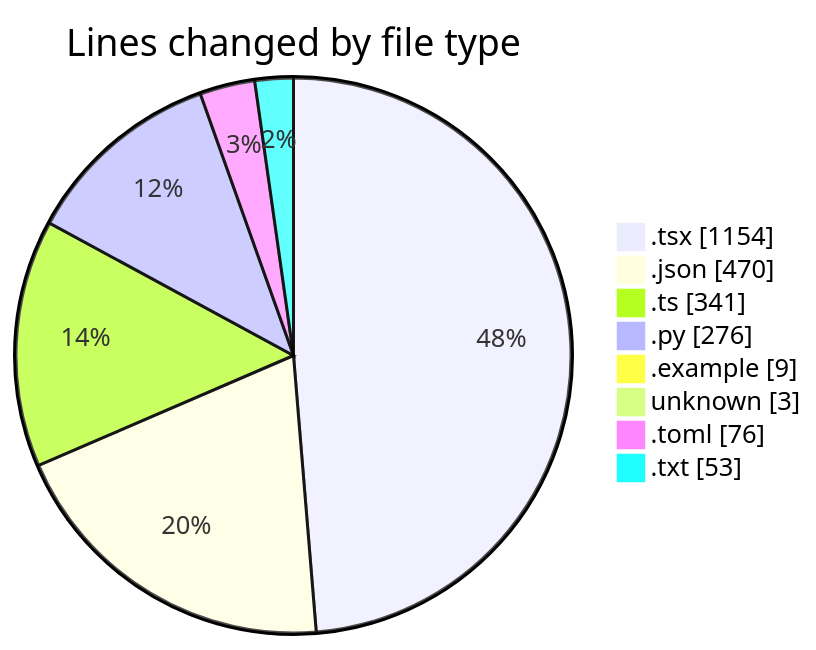
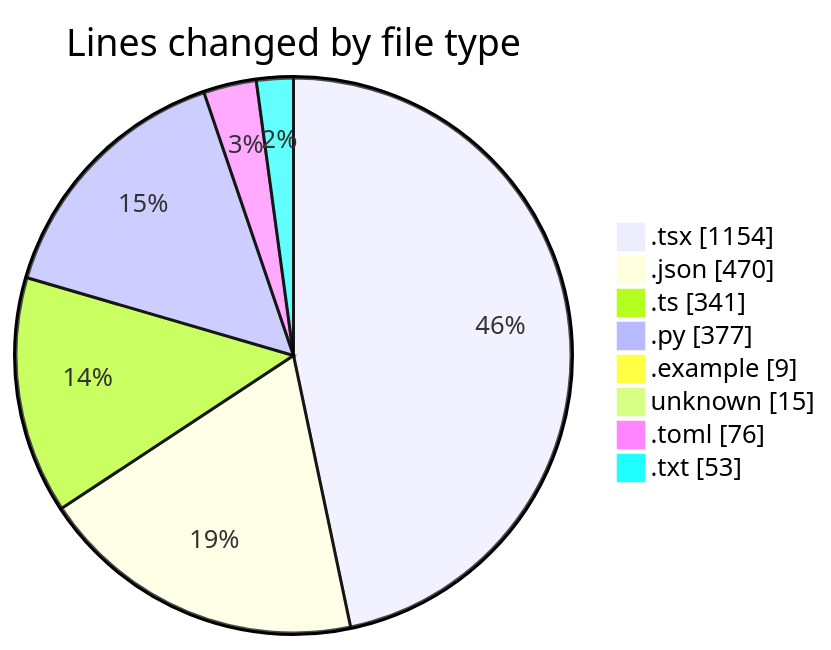
One commit to Elitesun/code-tracking changed the first of 2 diagrams in 2025-04-30/niten/README.md. Above: the diagram before and after it, drawn with Mermaid. The commit also changed other lines of this file and 1 other file, not shown here.

````diff
--- a/2025-04-30/niten/README.md
+++ b/2025-04-30/niten/README.md
@@ -55,12 +57,12 @@
 ```mermaid
 pie showData
 title Lines changed by file type
 ".tsx" : 1154
 ".json" : 470
 ".ts" : 341
-".py" : 276
+".py" : 377
 ".example" : 9
-"unknown" : 3
+"unknown" : 15
 ".toml" : 76
 ".txt" : 53
 ```
````
